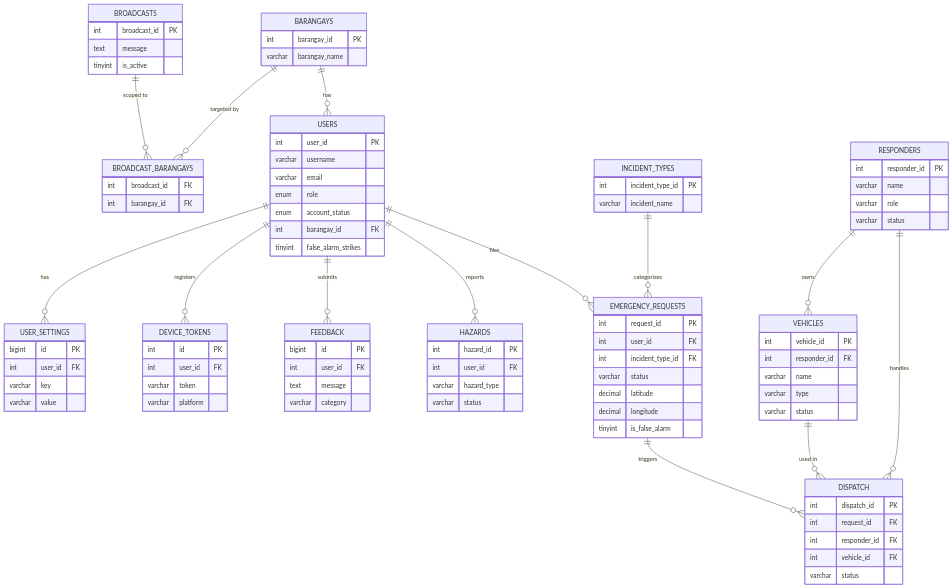
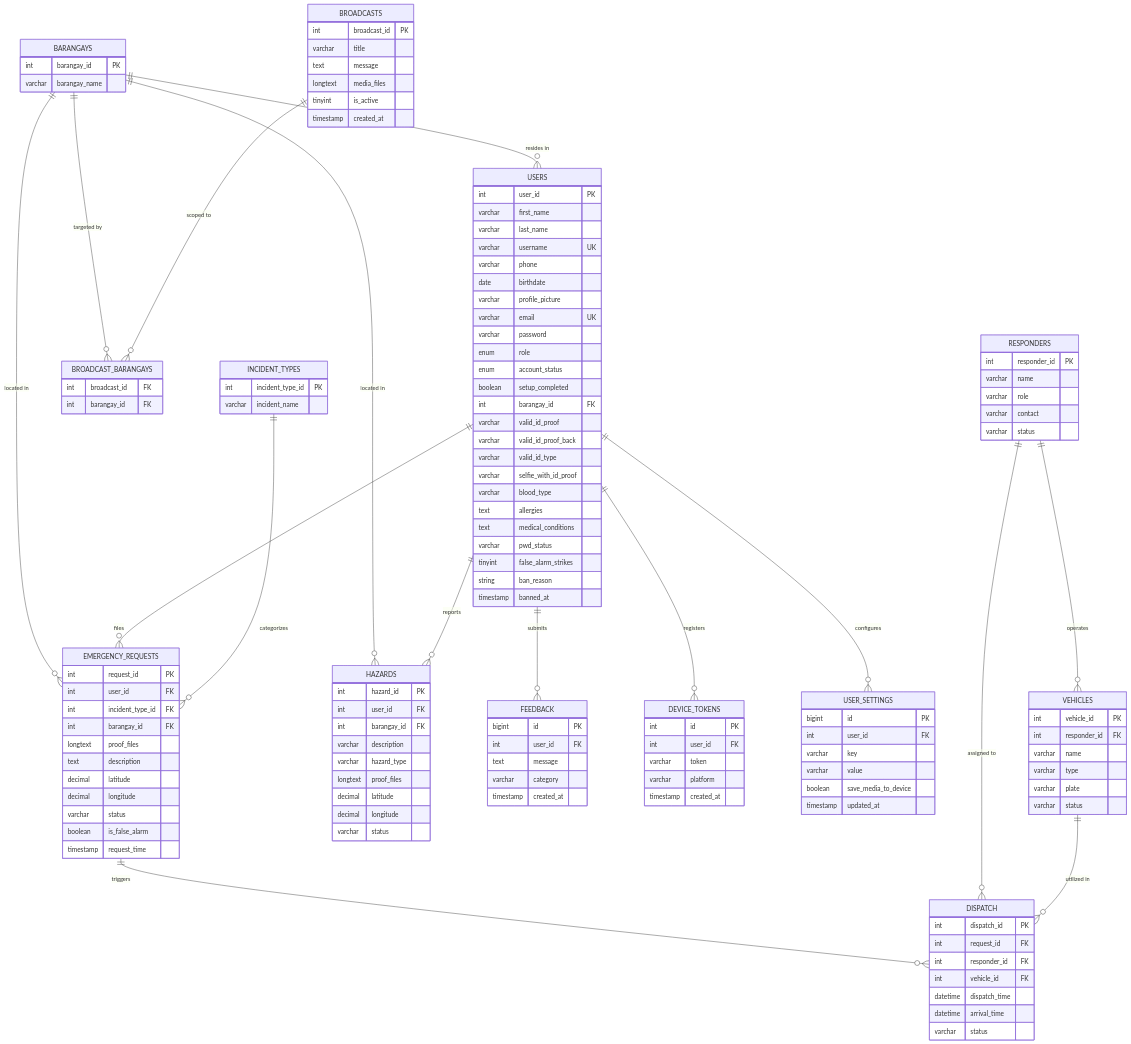
Before and after one commit to ejhay26/Location-based-Emergency-Response-App-for-SINE-MDRRMO: the diagram in docs/architecture/database-schema.md, drawn with Mermaid. The commit also changed other lines of this file and 2 other files, not shown here.

First line of the commit message:
Enhance documentation for database schema, architecture overview, and security model

````diff
--- a/docs/architecture/database-schema.md
+++ b/docs/architecture/database-schema.md
@@ -7,18 +10,20 @@
 ```mermaid
 erDiagram
-    BARANGAYS ||--o{ USERS : "has"
+    BARANGAYS ||--o{ USERS : "resides in"
+    BARANGAYS ||--o{ EMERGENCY_REQUESTS : "located in"
+    BARANGAYS ||--o{ HAZARDS : "located in"
     BARANGAYS ||--o{ BROADCAST_BARANGAYS : "targeted by"
     BROADCASTS ||--o{ BROADCAST_BARANGAYS : "scoped to"
     USERS ||--o{ EMERGENCY_REQUESTS : "files"
     USERS ||--o{ HAZARDS : "reports"
     USERS ||--o{ FEEDBACK : "submits"
     USERS ||--o{ DEVICE_TOKENS : "registers"
-    USERS ||--o{ USER_SETTINGS : "has"
+    USERS ||--o{ USER_SETTINGS : "configures"
     INCIDENT_TYPES ||--o{ EMERGENCY_REQUESTS : "categorizes"
     EMERGENCY_REQUESTS ||--o{ DISPATCH : "triggers"
-    RESPONDERS ||--o{ DISPATCH : "handles"
-    RESPONDERS ||--o{ VEHICLES : "owns"
-    VEHICLES ||--o{ DISPATCH : "used in"
+    RESPONDERS ||--o{ DISPATCH : "assigned to"
+    RESPONDERS ||--o{ VEHICLES : "operates"
+    VEHICLES ||--o{ DISPATCH : "utilized in"
 
     BARANGAYS {
         int barangay_id PK
@@ -26,12 +31,29 @@
     }
     USERS {
         int user_id PK
-        varchar username
-        varchar email
+        varchar first_name
+        varchar last_name
+        varchar username UK
+        varchar phone
+        date birthdate
+        varchar profile_picture
+        varchar email UK
+        varchar password
         enum role
         enum account_status
+        boolean setup_completed
         int barangay_id FK
+        varchar valid_id_proof
+        varchar valid_id_proof_back
+        varchar valid_id_type
+        varchar selfie_with_id_proof
+        varchar blood_type
+        text allergies
+        text medical_conditions
+        varchar pwd_status
         tinyint false_alarm_strikes
+        string ban_reason
+        timestamp banned_at
     }
     INCIDENT_TYPES {
         int incident_type_id PK
@@ -41,15 +63,24 @@
         int request_id PK
         int user_id FK
         int incident_type_id FK
-        varchar status
+        int barangay_id FK
+        longtext proof_files
+        text description
         decimal latitude
         decimal longitude
-        tinyint is_false_alarm
+        varchar status
+        boolean is_false_alarm
+        timestamp request_time
     }
     HAZARDS {
         int hazard_id PK
         int user_id FK
+        int barangay_id FK
+        varchar description
         varchar hazard_type
+        longtext proof_files
+        decimal latitude
+        decimal longitude
         varchar status
     }
     DISPATCH {
@@ -57,12 +88,15 @@
         int request_id FK
         int responder_id FK
         int vehicle_id FK
+        datetime dispatch_time
+        datetime arrival_time
         varchar status
     }
     RESPONDERS {
         int responder_id PK
         varchar name
         varchar role
+        varchar contact
         varchar status
     }
     VEHICLES {
@@ -70,12 +104,16 @@
         int responder_id FK
         varchar name
         varchar type
+        varchar plate
         varchar status
     }
     BROADCASTS {
         int broadcast_id PK
+        varchar title
         text message
+        longtext media_files
         tinyint is_active
+        timestamp created_at
     }
     BROADCAST_BARANGAYS {
         int broadcast_id FK
@@ -86,17 +124,21 @@
         int user_id FK
         text message
         varchar category
+        timestamp created_at
     }
     DEVICE_TOKENS {
         int id PK
         int user_id FK
         varchar token
         varchar platform
+        timestamp created_at
     }
     USER_SETTINGS {
         bigint id PK
         int user_id FK
         varchar key
         varchar value
+        boolean save_media_to_device
+        timestamp updated_at
     }
 ```
````
